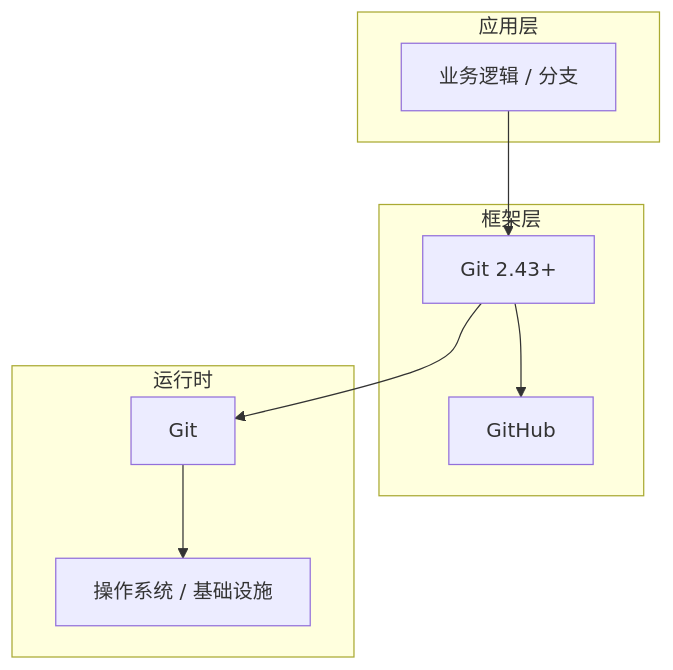
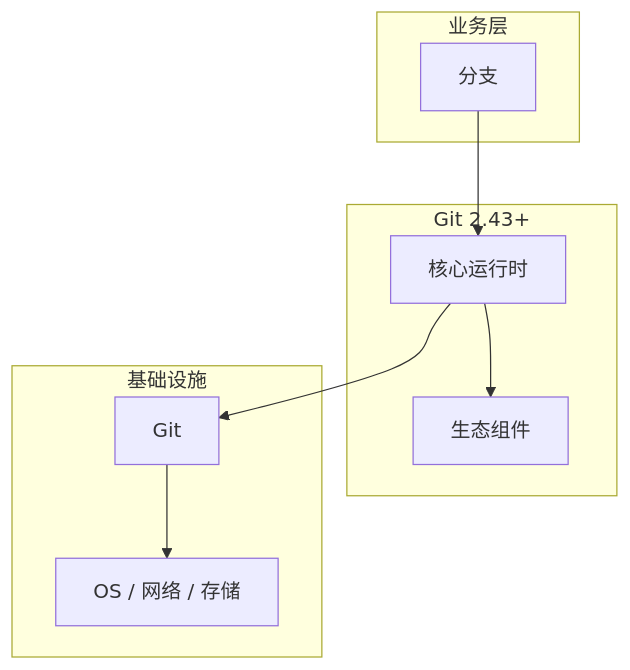
Before and after one commit to yanggan2015/knowledge-json-v2: the diagram in articles/Git版本控制/chapters/013-分支核心概念与原理.md, drawn with Mermaid. The commit also changed other lines of this file and 10127 other files, not shown here.

````diff
--- a/articles/Git版本控制/chapters/013-分支核心概念与原理.md
+++ b/articles/Git版本控制/chapters/013-分支核心概念与原理.md
@@ -45,18 +34,18 @@
 ```mermaid
 graph TB
-    subgraph 应用层
-        A[业务逻辑 / 分支]
+    subgraph 业务层
+        A[分支]
     end
-    subgraph 框架层
-        B[Git 2.43+]
-        C[GitHub]
+    subgraph Git 2.43+
+        B[核心运行时]
+        C[生态组件]
     end
-    subgraph 运行时
+    subgraph 基础设施
         D[Git]
-        E[操作系统 / 基础设施]
+        E[OS / 网络 / 存储]
     end
     A --> B
     B --> C
     B --> D
     D --> E
 ```
````
